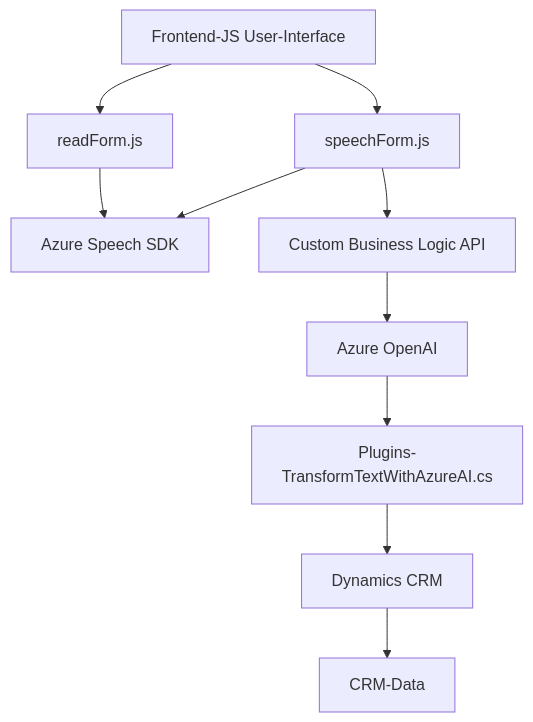
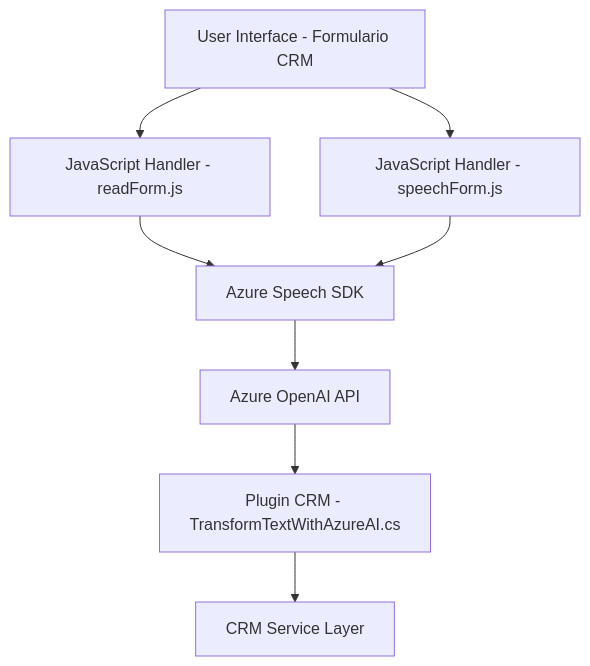
The diagram in README.md (blopezdm/NETCORE_BILBAO2025), drawn with Mermaid before and after one commit. The commit also changed other lines of this file, not shown here.

````diff
--- a/README.md
+++ b/README.md
@@ -43,12 +51,18 @@
 ```mermaid
 graph TD
-    U["Frontend-JS User-Interface"] --> F["readForm.js"]
-    U --> S["speechForm.js"]
-    F --> AzureSpeechSDK["Azure Speech SDK"]
-    S --> AzureSpeechSDK
-    S --> API_Handlers["Custom Business Logic API"]
-    API_Handlers --> AzureOpenAI["Azure OpenAI"]
-    AzureOpenAI --> Plugin["Plugins-TransformTextWithAzureAI.cs"]
-    Plugin --> CRMContext["Dynamics CRM"]
-    CRMContext --> DataStorage["CRM-Data"]
+    A["User Interface - Formulario CRM"]
+    B["JavaScript Handler - readForm.js"]
+    C["JavaScript Handler - speechForm.js"]
+    D["Azure Speech SDK"]
+    E["Azure OpenAI API"]
+    F["Plugin CRM - TransformTextWithAzureAI.cs"]
+    G["CRM Service Layer"]
+
+    A --> B
+    A --> C
+    B --> D
+    C --> D
+    D --> E
+    E --> F
+    F --> G
 ```
````
